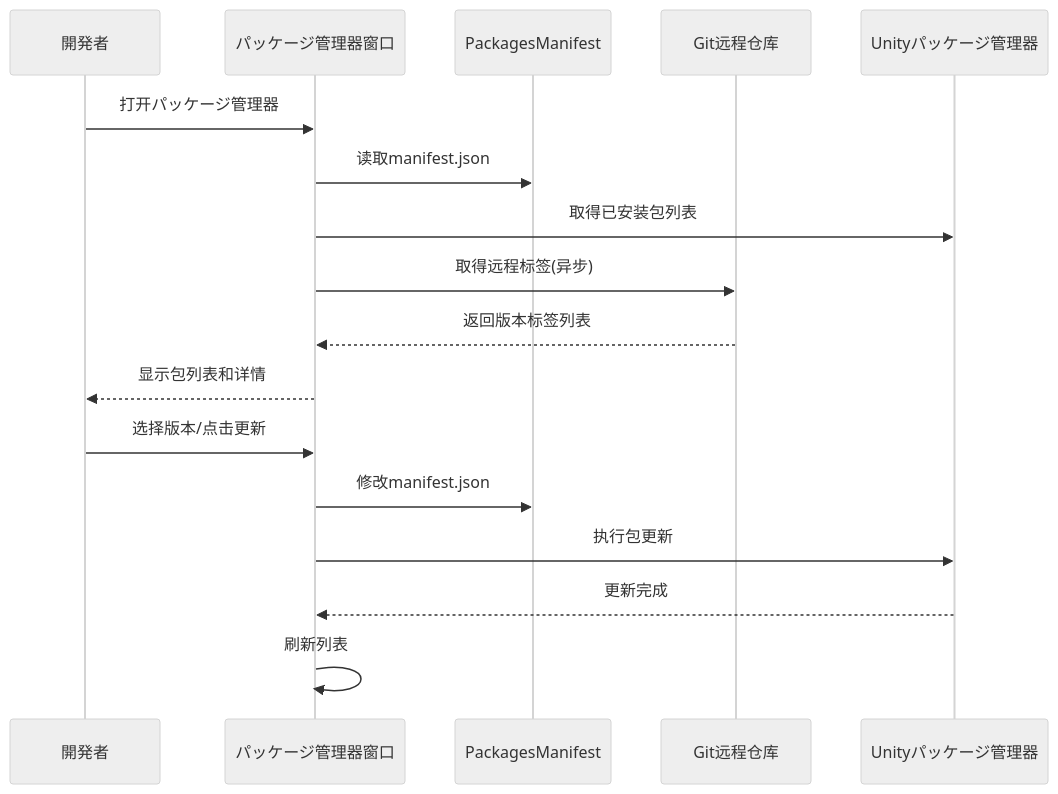
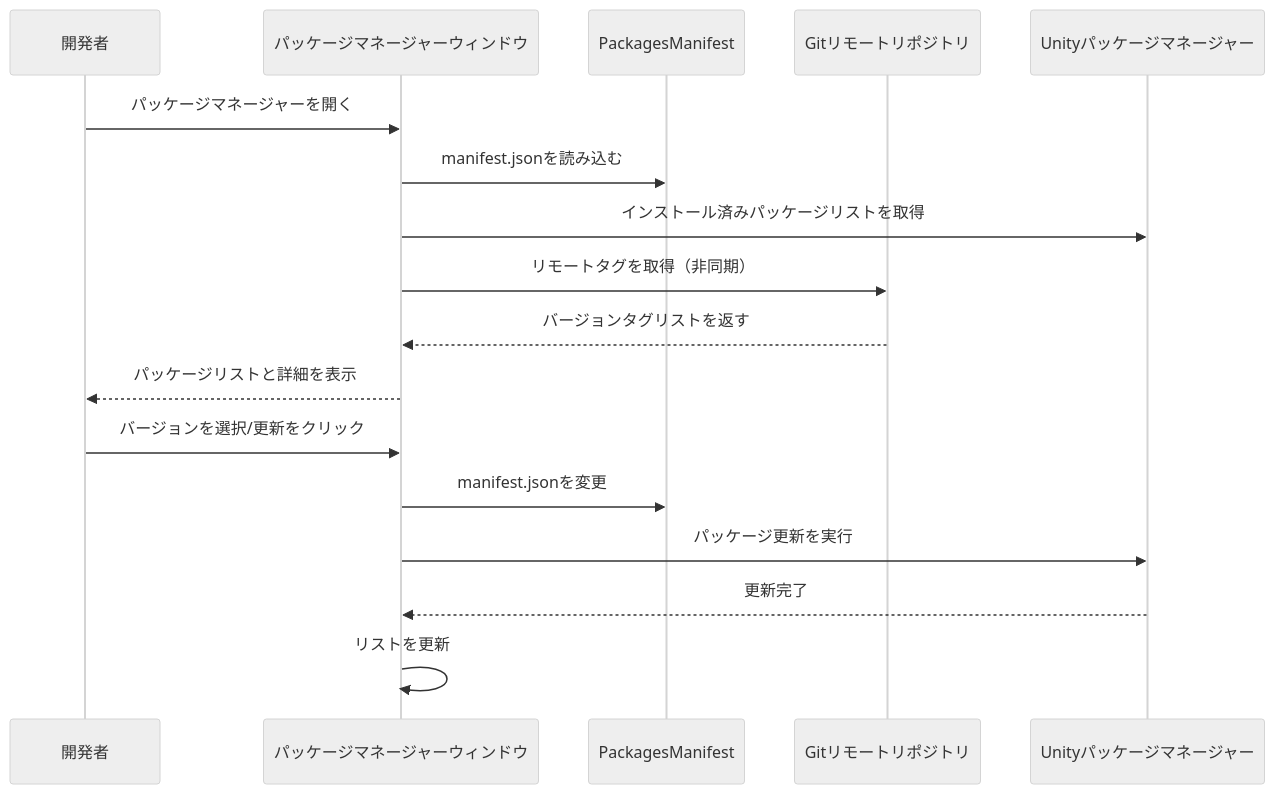
The second of 2 diagrams in docs/ja/client/unity/component/core/12.package-management.md (AlianBlank/GameFrameX.Docs), drawn with Mermaid (neutral theme) before and after one commit. The commit also changed other lines of this file and 320 other files, not shown here.

````diff
--- a/docs/ja/client/unity/component/core/12.package-management.md
+++ b/docs/ja/client/unity/component/core/12.package-management.md
@@ -200,21 +200,21 @@
 ```mermaid
 sequenceDiagram
     participant User as 開発者
-    participant Window as パッケージ管理器窗口
+    participant Window as パッケージマネージャーウィンドウ
     participant Manifest as PackagesManifest
-    participant Git as Git远程仓库
-    participant Unity as Unityパッケージ管理器
+    participant Git as Gitリモートリポジトリ
+    participant Unity as Unityパッケージマネージャー
 
-    User->>Window: 打开パッケージ管理器
-    Window->>Manifest: 读取manifest.json
-    Window->>Unity: 取得已安装包列表
-    Window->>Git: 取得远程标签(异步)
-    Git-->>Window: 返回版本标签列表
-    Window-->>User: 显示包列表和详情
-    
-    User->>Window: 选择版本/点击更新
-    Window->>Manifest: 修改manifest.json
-    Window->>Unity: 执行包更新
-    Unity-->>Window: 更新完成
-    Window->>Window: 刷新列表
+    User->>Window: パッケージマネージャーを開く
+    Window->>Manifest: manifest.jsonを読み込む
+    Window->>Unity: インストール済みパッケージリストを取得
+    Window->>Git: リモートタグを取得（非同期）
+    Git-->>Window: バージョンタグリストを返す
+    Window-->>User: パッケージリストと詳細を表示
+
+    User->>Window: バージョンを選択/更新をクリック
+    Window->>Manifest: manifest.jsonを変更
+    Window->>Unity: パッケージ更新を実行
+    Unity-->>Window: 更新完了
+    Window->>Window: リストを更新
 ```
````
